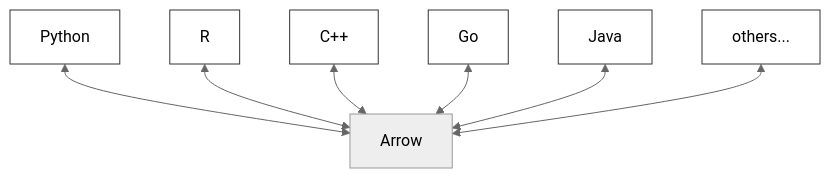
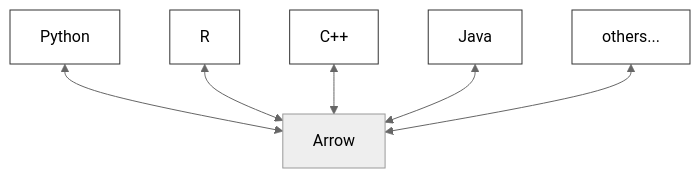
Before and after one commit to d33bs/set-website: the first of 4 diagrams in _posts/2022-XX-XX-Data-Engineering-with-SQL-Arrow-and-DuckDB.md, drawn with Mermaid (neutral theme). The commit also changed other lines of this file, not shown here.

```diff
--- a/_posts/2022-XX-XX-Data-Engineering-with-SQL-Arrow-and-DuckDB.md
+++ b/_posts/2022-XX-XX-Data-Engineering-with-SQL-Arrow-and-DuckDB.md
@@ -26,11 +26,10 @@
 <pre class="mermaid">
 flowchart TB
     Python:::outlined <--> Arrow
     R:::outlined <--> Arrow
     C++:::outlined <--> Arrow
-    Go:::outlined <--> Arrow
     Java:::outlined <--> Arrow
     others...:::outlined <--> Arrow
 
     classDef outlined fill:#fff,stroke:#333
 </pre>
```
